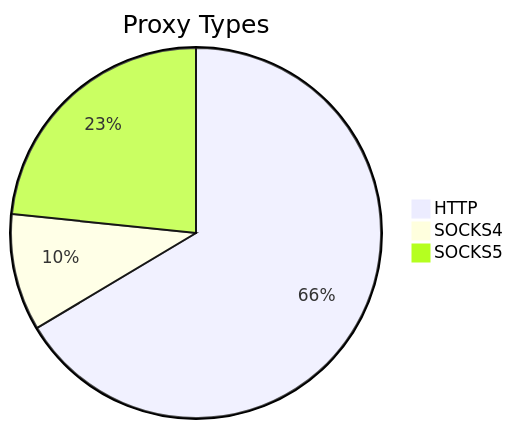
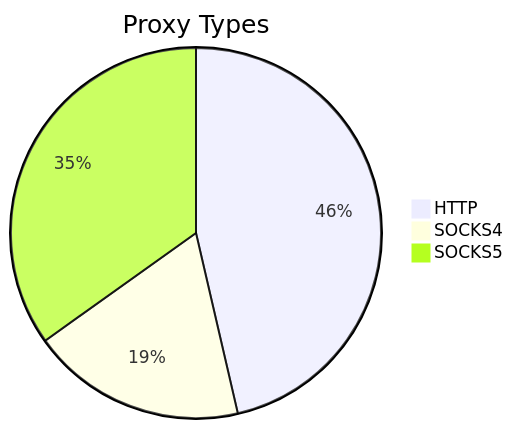
The first of 2 diagrams in README.md (stormsia/proxy-list), drawn with Mermaid before and after one commit. The commit also changed other lines of this file, not shown here.

````diff
--- a/README.md
+++ b/README.md
@@ -21,6 +21,6 @@
 ```mermaid
 pie title Proxy Types
-    "HTTP" : 182
-    "SOCKS4" : 28
-    "SOCKS5" : 64
+    "HTTP" : 262
+    "SOCKS4" : 106
+    "SOCKS5" : 197
 ```
````
